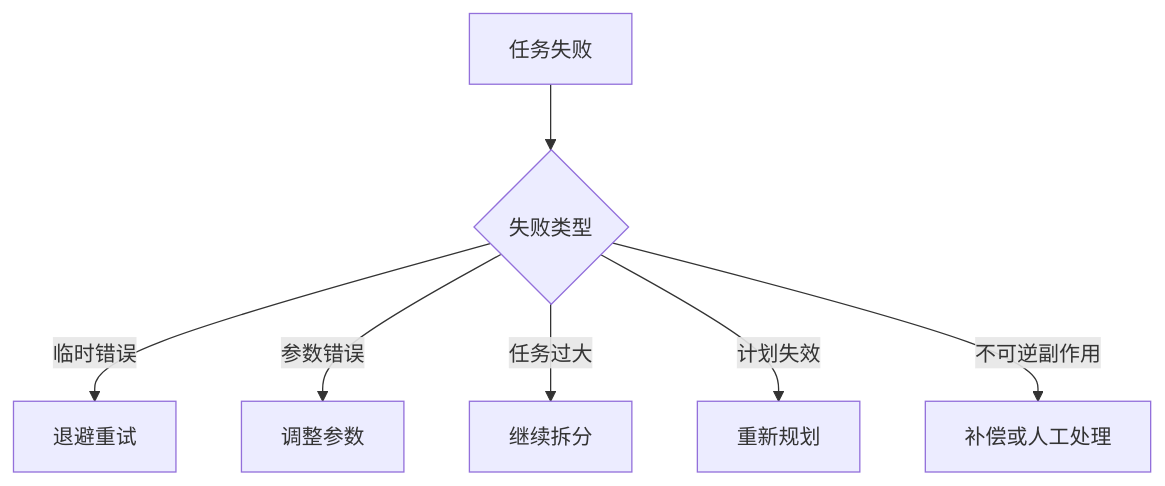
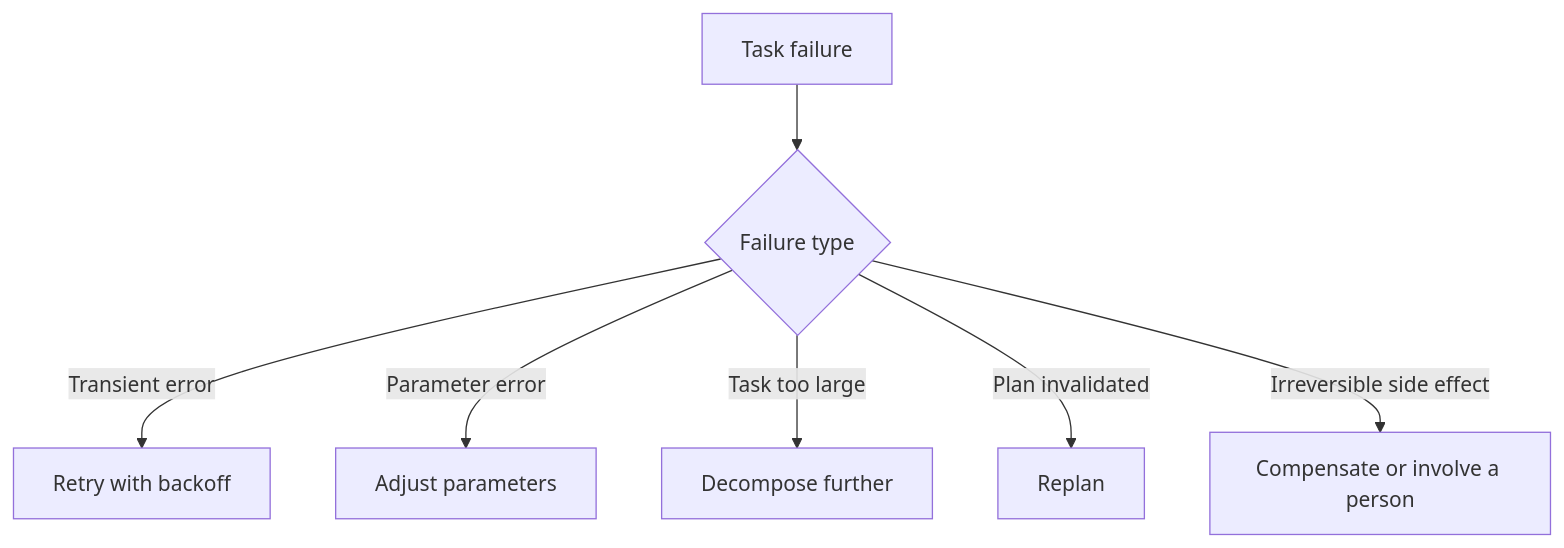
Diagram 12 of 16 in docs/agent/02-reasoning-planning/06-task-decomposition.md (oneleaveknowsthefall/awesome-ai-roadmap), drawn with Mermaid before and after one commit. The commit also changed other lines of this file and 68 other files, not shown here.

````diff
--- a/docs/agent/02-reasoning-planning/06-task-decomposition.md
+++ b/docs/agent/02-reasoning-planning/06-task-decomposition.md
@@ -771,9 +775,9 @@
 ```mermaid
 flowchart TB
-    F[任务失败] --> C{失败类型}
-    C -->|临时错误| R[退避重试]
-    C -->|参数错误| A[调整参数]
-    C -->|任务过大| S[继续拆分]
-    C -->|计划失效| P[重新规划]
-    C -->|不可逆副作用| H[补偿或人工处理]
+    F[Task failure] --> C{Failure type}
+    C -->|Transient error| R[Retry with backoff]
+    C -->|Parameter error| A[Adjust parameters]
+    C -->|Task too large| S[Decompose further]
+    C -->|Plan invalidated| P[Replan]
+    C -->|Irreversible side effect| H[Compensate or involve a person]
 ```
````
